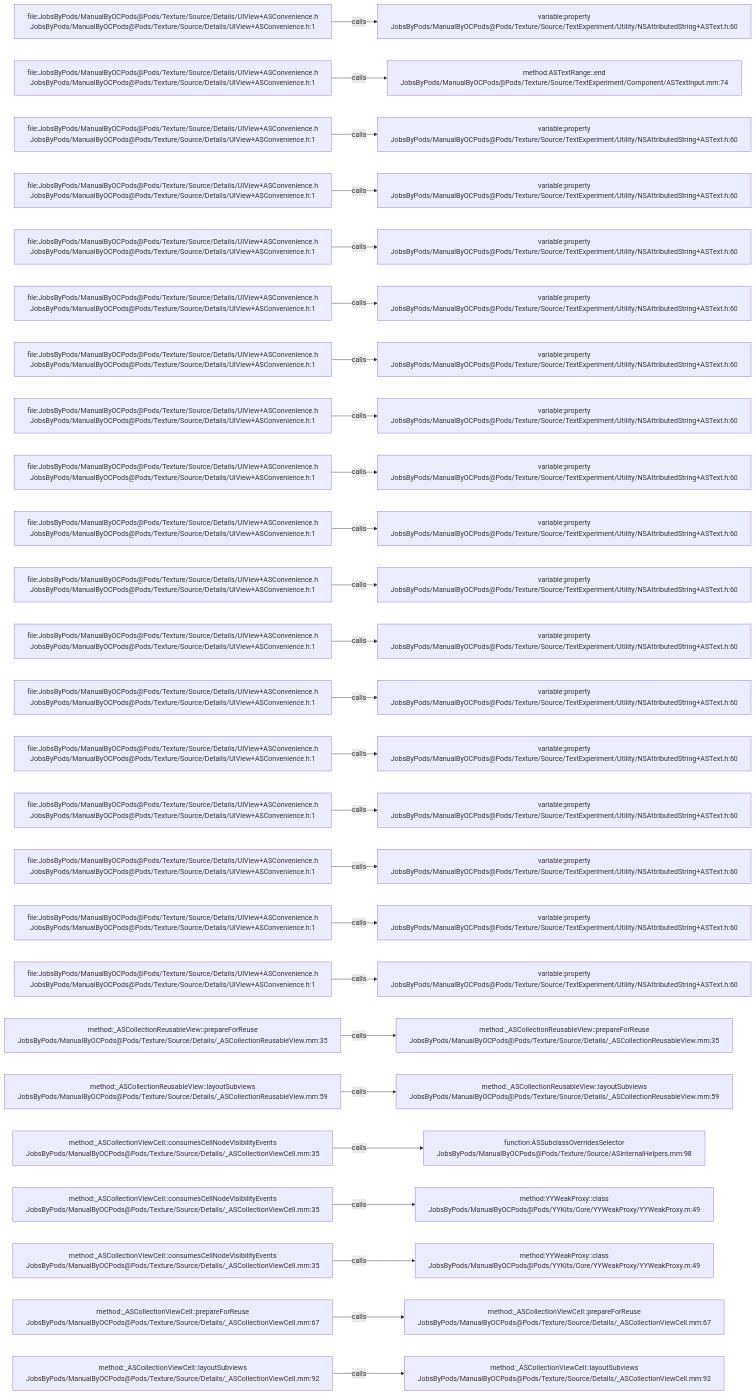
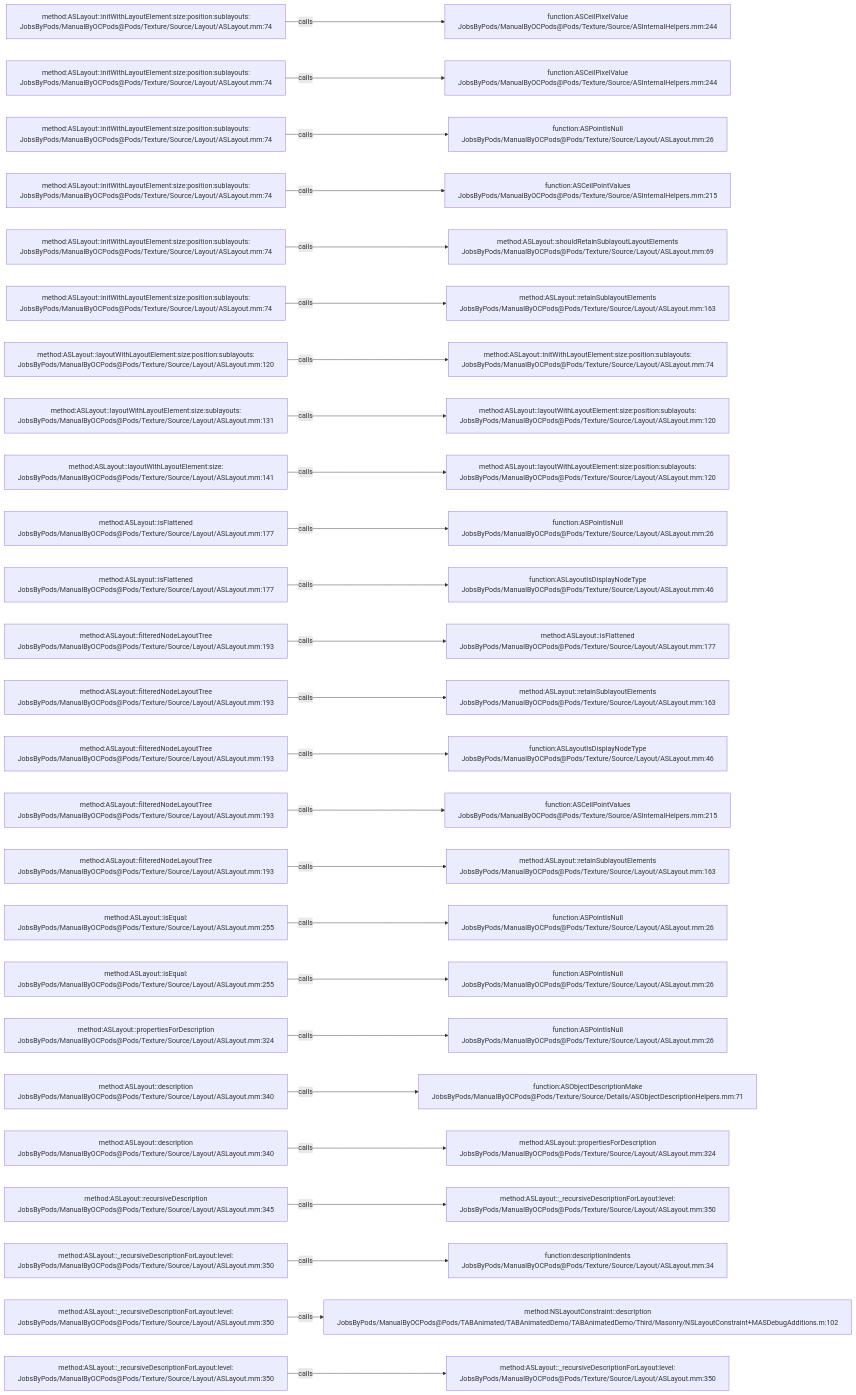
The diagram in .codegraph/codegraph.md/graphs/calls-162.md (JobsKits/JobsOCBaseConfigDemo), drawn with Mermaid before and after one commit. The commit also changed 2723 other files, not shown here.

````diff
--- a/.codegraph/codegraph.md/graphs/calls-162.md
+++ b/.codegraph/codegraph.md/graphs/calls-162.md
@@ -13,78 +13,78 @@
 ```mermaid
 flowchart LR
-  S1["file:JobsByPods/ManualByOCPods@Pods/Texture/Source/Details/UIView+ASConvenience.h<br/>JobsByPods/ManualByOCPods@Pods/Texture/Source/Details/UIView+ASConvenience.h:1"]
-  T1["variable:property<br/>JobsByPods/ManualByOCPods@Pods/Texture/Source/TextExperiment/Utility/NSAttributedString+ASText.h:60"]
+  S1["method:ASLayout::initWithLayoutElement:size:position:sublayouts:<br/>JobsByPods/ManualByOCPods@Pods/Texture/Source/Layout/ASLayout.mm:74"]
+  T1["function:ASCeilPixelValue<br/>JobsByPods/ManualByOCPods@Pods/Texture/Source/ASInternalHelpers.mm:244"]
   S1 -->|calls| T1
-  S2["file:JobsByPods/ManualByOCPods@Pods/Texture/Source/Details/UIView+ASConvenience.h<br/>JobsByPods/ManualByOCPods@Pods/Texture/Source/Details/UIView+ASConvenience.h:1"]
-  T2["method:ASTextRange::end<br/>JobsByPods/ManualByOCPods@Pods/Texture/Source/TextExperiment/Component/ASTextInput.mm:74"]
+  S2["method:ASLayout::initWithLayoutElement:size:position:sublayouts:<br/>JobsByPods/ManualByOCPods@Pods/Texture/Source/Layout/ASLayout.mm:74"]
+  T2["function:ASCeilPixelValue<br/>JobsByPods/ManualByOCPods@Pods/Texture/Source/ASInternalHelpers.mm:244"]
   S2 -->|calls| T2
-  S3["file:JobsByPods/ManualByOCPods@Pods/Texture/Source/Details/UIView+ASConvenience.h<br/>JobsByPods/ManualByOCPods@Pods/Texture/Source/Details/UIView+ASConvenience.h:1"]
-  T3["variable:property<br/>JobsByPods/ManualByOCPods@Pods/Texture/Source/TextExperiment/Utility/NSAttributedString+ASText.h:60"]
+  S3["method:ASLayout::initWithLayoutElement:size:position:sublayouts:<br/>JobsByPods/ManualByOCPods@Pods/Texture/Source/Layout/ASLayout.mm:74"]
+  T3["function:ASPointIsNull<br/>JobsByPods/ManualByOCPods@Pods/Texture/Source/Layout/ASLayout.mm:26"]
   S3 -->|calls| T3
-  S4["file:JobsByPods/ManualByOCPods@Pods/Texture/Source/Details/UIView+ASConvenience.h<br/>JobsByPods/ManualByOCPods@Pods/Texture/Source/Details/UIView+ASConvenience.h:1"]
-  T4["variable:property<br/>JobsByPods/ManualByOCPods@Pods/Texture/Source/TextExperiment/Utility/NSAttributedString+ASText.h:60"]
+  S4["method:ASLayout::initWithLayoutElement:size:position:sublayouts:<br/>JobsByPods/ManualByOCPods@Pods/Texture/Source/Layout/ASLayout.mm:74"]
+  T4["function:ASCeilPointValues<br/>JobsByPods/ManualByOCPods@Pods/Texture/Source/ASInternalHelpers.mm:215"]
   S4 -->|calls| T4
-  S5["file:JobsByPods/ManualByOCPods@Pods/Texture/Source/Details/UIView+ASConvenience.h<br/>JobsByPods/ManualByOCPods@Pods/Texture/Source/Details/UIView+ASConvenience.h:1"]
-  T5["variable:property<br/>JobsByPods/ManualByOCPods@Pods/Texture/Source/TextExperiment/Utility/NSAttributedString+ASText.h:60"]
+  S5["method:ASLayout::initWithLayoutElement:size:position:sublayouts:<br/>JobsByPods/ManualByOCPods@Pods/Texture/Source/Layout/ASLayout.mm:74"]
+  T5["method:ASLayout::shouldRetainSublayoutLayoutElements<br/>JobsByPods/ManualByOCPods@Pods/Texture/Source/Layout/ASLayout.mm:69"]
   S5 -->|calls| T5
-  S6["file:JobsByPods/ManualByOCPods@Pods/Texture/Source/Details/UIView+ASConvenience.h<br/>JobsByPods/ManualByOCPods@Pods/Texture/Source/Details/UIView+ASConvenience.h:1"]
-  T6["variable:property<br/>JobsByPods/ManualByOCPods@Pods/Texture/Source/TextExperiment/Utility/NSAttributedString+ASText.h:60"]
+  S6["method:ASLayout::initWithLayoutElement:size:position:sublayouts:<br/>JobsByPods/ManualByOCPods@Pods/Texture/Source/Layout/ASLayout.mm:74"]
+  T6["method:ASLayout::retainSublayoutElements<br/>JobsByPods/ManualByOCPods@Pods/Texture/Source/Layout/ASLayout.mm:163"]
   S6 -->|calls| T6
-  S7["file:JobsByPods/ManualByOCPods@Pods/Texture/Source/Details/UIView+ASConvenience.h<br/>JobsByPods/ManualByOCPods@Pods/Texture/Source/Details/UIView+ASConvenience.h:1"]
-  T7["variable:property<br/>JobsByPods/ManualByOCPods@Pods/Texture/Source/TextExperiment/Utility/NSAttributedString+ASText.h:60"]
+  S7["method:ASLayout::layoutWithLayoutElement:size:position:sublayouts:<br/>JobsByPods/ManualByOCPods@Pods/Texture/Source/Layout/ASLayout.mm:120"]
+  T7["method:ASLayout::initWithLayoutElement:size:position:sublayouts:<br/>JobsByPods/ManualByOCPods@Pods/Texture/Source/Layout/ASLayout.mm:74"]
   S7 -->|calls| T7
-  S8["file:JobsByPods/ManualByOCPods@Pods/Texture/Source/Details/UIView+ASConvenience.h<br/>JobsByPods/ManualByOCPods@Pods/Texture/Source/Details/UIView+ASConvenience.h:1"]
-  T8["variable:property<br/>JobsByPods/ManualByOCPods@Pods/Texture/Source/TextExperiment/Utility/NSAttributedString+ASText.h:60"]
+  S8["method:ASLayout::layoutWithLayoutElement:size:sublayouts:<br/>JobsByPods/ManualByOCPods@Pods/Texture/Source/Layout/ASLayout.mm:131"]
+  T8["method:ASLayout::layoutWithLayoutElement:size:position:sublayouts:<br/>JobsByPods/ManualByOCPods@Pods/Texture/Source/Layout/ASLayout.mm:120"]
   S8 -->|calls| T8
-  S9["file:JobsByPods/ManualByOCPods@Pods/Texture/Source/Details/UIView+ASConvenience.h<br/>JobsByPods/ManualByOCPods@Pods/Texture/Source/Details/UIView+ASConvenience.h:1"]
-  T9["variable:property<br/>JobsByPods/ManualByOCPods@Pods/Texture/Source/TextExperiment/Utility/NSAttributedString+ASText.h:60"]
+  S9["method:ASLayout::layoutWithLayoutElement:size:<br/>JobsByPods/ManualByOCPods@Pods/Texture/Source/Layout/ASLayout.mm:141"]
+  T9["method:ASLayout::layoutWithLayoutElement:size:position:sublayouts:<br/>JobsByPods/ManualByOCPods@Pods/Texture/Source/Layout/ASLayout.mm:120"]
   S9 -->|calls| T9
-  S10["file:JobsByPods/ManualByOCPods@Pods/Texture/Source/Details/UIView+ASConvenience.h<br/>JobsByPods/ManualByOCPods@Pods/Texture/Source/Details/UIView+ASConvenience.h:1"]
-  T10["variable:property<br/>JobsByPods/ManualByOCPods@Pods/Texture/Source/TextExperiment/Utility/NSAttributedString+ASText.h:60"]
+  S10["method:ASLayout::isFlattened<br/>JobsByPods/ManualByOCPods@Pods/Texture/Source/Layout/ASLayout.mm:177"]
+  T10["function:ASPointIsNull<br/>JobsByPods/ManualByOCPods@Pods/Texture/Source/Layout/ASLayout.mm:26"]
   S10 -->|calls| T10
-  S11["file:JobsByPods/ManualByOCPods@Pods/Texture/Source/Details/UIView+ASConvenience.h<br/>JobsByPods/ManualByOCPods@Pods/Texture/Source/Details/UIView+ASConvenience.h:1"]
-  T11["variable:property<br/>JobsByPods/ManualByOCPods@Pods/Texture/Source/TextExperiment/Utility/NSAttributedString+ASText.h:60"]
+  S11["method:ASLayout::isFlattened<br/>JobsByPods/ManualByOCPods@Pods/Texture/Source/Layout/ASLayout.mm:177"]
+  T11["function:ASLayoutIsDisplayNodeType<br/>JobsByPods/ManualByOCPods@Pods/Texture/Source/Layout/ASLayout.mm:46"]
   S11 -->|calls| T11
-  S12["file:JobsByPods/ManualByOCPods@Pods/Texture/Source/Details/UIView+ASConvenience.h<br/>JobsByPods/ManualByOCPods@Pods/Texture/Source/Details/UIView+ASConvenience.h:1"]
-  T12["variable:property<br/>JobsByPods/ManualByOCPods@Pods/Texture/Source/TextExperiment/Utility/NSAttributedString+ASText.h:60"]
+  S12["method:ASLayout::filteredNodeLayoutTree<br/>JobsByPods/ManualByOCPods@Pods/Texture/Source/Layout/ASLayout.mm:193"]
+  T12["method:ASLayout::isFlattened<br/>JobsByPods/ManualByOCPods@Pods/Texture/Source/Layout/ASLayout.mm:177"]
   S12 -->|calls| T12
-  S13["file:JobsByPods/ManualByOCPods@Pods/Texture/Source/Details/UIView+ASConvenience.h<br/>JobsByPods/ManualByOCPods@Pods/Texture/Source/Details/UIView+ASConvenience.h:1"]
-  T13["variable:property<br/>JobsByPods/ManualByOCPods@Pods/Texture/Source/TextExperiment/Utility/NSAttributedString+ASText.h:60"]
+  S13["method:ASLayout::filteredNodeLayoutTree<br/>JobsByPods/ManualByOCPods@Pods/Texture/Source/Layout/ASLayout.mm:193"]
+  T13["method:ASLayout::retainSublayoutElements<br/>JobsByPods/ManualByOCPods@Pods/Texture/Source/Layout/ASLayout.mm:163"]
   S13 -->|calls| T13
-  S14["file:JobsByPods/ManualByOCPods@Pods/Texture/Source/Details/UIView+ASConvenience.h<br/>JobsByPods/ManualByOCPods@Pods/Texture/Source/Details/UIView+ASConvenience.h:1"]
-  T14["variable:property<br/>JobsByPods/ManualByOCPods@Pods/Texture/Source/TextExperiment/Utility/NSAttributedString+ASText.h:60"]
+  S14["method:ASLayout::filteredNodeLayoutTree<br/>JobsByPods/ManualByOCPods@Pods/Texture/Source/Layout/ASLayout.mm:193"]
+  T14["function:ASLayoutIsDisplayNodeType<br/>JobsByPods/ManualByOCPods@Pods/Texture/Source/Layout/ASLayout.mm:46"]
   S14 -->|calls| T14
-  S15["file:JobsByPods/ManualByOCPods@Pods/Texture/Source/Details/UIView+ASConvenience.h<br/>JobsByPods/ManualByOCPods@Pods/Texture/Source/Details/UIView+ASConvenience.h:1"]
-  T15["variable:property<br/>JobsByPods/ManualByOCPods@Pods/Texture/Source/TextExperiment/Utility/NSAttributedString+ASText.h:60"]
+  S15["method:ASLayout::filteredNodeLayoutTree<br/>JobsByPods/ManualByOCPods@Pods/Texture/Source/Layout/ASLayout.mm:193"]
+  T15["function:ASCeilPointValues<br/>JobsByPods/ManualByOCPods@Pods/Texture/Source/ASInternalHelpers.mm:215"]
   S15 -->|calls| T15
-  S16["file:JobsByPods/ManualByOCPods@Pods/Texture/Source/Details/UIView+ASConvenience.h<br/>JobsByPods/ManualByOCPods@Pods/Texture/Source/Details/UIView+ASConvenience.h:1"]
-  T16["variable:property<br/>JobsByPods/ManualByOCPods@Pods/Texture/Source/TextExperiment/Utility/NSAttributedString+ASText.h:60"]
+  S16["method:ASLayout::filteredNodeLayoutTree<br/>JobsByPods/ManualByOCPods@Pods/Texture/Source/Layout/ASLayout.mm:193"]
+  T16["method:ASLayout::retainSublayoutElements<br/>JobsByPods/ManualByOCPods@Pods/Texture/Source/Layout/ASLayout.mm:163"]
   S16 -->|calls| T16
-  S17["file:JobsByPods/ManualByOCPods@Pods/Texture/Source/Details/UIView+ASConvenience.h<br/>JobsByPods/ManualByOCPods@Pods/Texture/Source/Details/UIView+ASConvenience.h:1"]
-  T17["variable:property<br/>JobsByPods/ManualByOCPods@Pods/Texture/Source/TextExperiment/Utility/NSAttributedString+ASText.h:60"]
+  S17["method:ASLayout::isEqual:<br/>JobsByPods/ManualByOCPods@Pods/Texture/Source/Layout/ASLayout.mm:255"]
+  T17["function:ASPointIsNull<br/>JobsByPods/ManualByOCPods@Pods/Texture/Source/Layout/ASLayout.mm:26"]
   S17 -->|calls| T17
-  S18["file:JobsByPods/ManualByOCPods@Pods/Texture/Source/Details/UIView+ASConvenience.h<br/>JobsByPods/ManualByOCPods@Pods/Texture/Source/Details/UIView+ASConvenience.h:1"]
-  T18["variable:property<br/>JobsByPods/ManualByOCPods@Pods/Texture/Source/TextExperiment/Utility/NSAttributedString+ASText.h:60"]
+  S18["method:ASLayout::isEqual:<br/>JobsByPods/ManualByOCPods@Pods/Texture/Source/Layout/ASLayout.mm:255"]
+  T18["function:ASPointIsNull<br/>JobsByPods/ManualByOCPods@Pods/Texture/Source/Layout/ASLayout.mm:26"]
   S18 -->|calls| T18
-  S19["method:_ASCollectionReusableView::prepareForReuse<br/>JobsByPods/ManualByOCPods@Pods/Texture/Source/Details/_ASCollectionReusableView.mm:35"]
-  T19["method:_ASCollectionReusableView::prepareForReuse<br/>JobsByPods/ManualByOCPods@Pods/Texture/Source/Details/_ASCollectionReusableView.mm:35"]
+  S19["method:ASLayout::propertiesForDescription<br/>JobsByPods/ManualByOCPods@Pods/Texture/Source/Layout/ASLayout.mm:324"]
+  T19["function:ASPointIsNull<br/>JobsByPods/ManualByOCPods@Pods/Texture/Source/Layout/ASLayout.mm:26"]
   S19 -->|calls| T19
-  S20["method:_ASCollectionReusableView::layoutSubviews<br/>JobsByPods/ManualByOCPods@Pods/Texture/Source/Details/_ASCollectionReusableView.mm:59"]
-  T20["method:_ASCollectionReusableView::layoutSubviews<br/>JobsByPods/ManualByOCPods@Pods/Texture/Source/Details/_ASCollectionReusableView.mm:59"]
+  S20["method:ASLayout::description<br/>JobsByPods/ManualByOCPods@Pods/Texture/Source/Layout/ASLayout.mm:340"]
+  T20["function:ASObjectDescriptionMake<br/>JobsByPods/ManualByOCPods@Pods/Texture/Source/Details/ASObjectDescriptionHelpers.mm:71"]
   S20 -->|calls| T20
-  S21["method:_ASCollectionViewCell::consumesCellNodeVisibilityEvents<br/>JobsByPods/ManualByOCPods@Pods/Texture/Source/Details/_ASCollectionViewCell.mm:35"]
-  T21["function:ASSubclassOverridesSelector<br/>JobsByPods/ManualByOCPods@Pods/Texture/Source/ASInternalHelpers.mm:98"]
+  S21["method:ASLayout::description<br/>JobsByPods/ManualByOCPods@Pods/Texture/Source/Layout/ASLayout.mm:340"]
+  T21["method:ASLayout::propertiesForDescription<br/>JobsByPods/ManualByOCPods@Pods/Texture/Source/Layout/ASLayout.mm:324"]
   S21 -->|calls| T21
-  S22["method:_ASCollectionViewCell::consumesCellNodeVisibilityEvents<br/>JobsByPods/ManualByOCPods@Pods/Texture/Source/Details/_ASCollectionViewCell.mm:35"]
-  T22["method:YYWeakProxy::class<br/>JobsByPods/ManualByOCPods@Pods/YYKits/Core/YYWeakProxy/YYWeakProxy.m:49"]
+  S22["method:ASLayout::recursiveDescription<br/>JobsByPods/ManualByOCPods@Pods/Texture/Source/Layout/ASLayout.mm:345"]
+  T22["method:ASLayout::_recursiveDescriptionForLayout:level:<br/>JobsByPods/ManualByOCPods@Pods/Texture/Source/Layout/ASLayout.mm:350"]
   S22 -->|calls| T22
-  S23["method:_ASCollectionViewCell::consumesCellNodeVisibilityEvents<br/>JobsByPods/ManualByOCPods@Pods/Texture/Source/Details/_ASCollectionViewCell.mm:35"]
-  T23["method:YYWeakProxy::class<br/>JobsByPods/ManualByOCPods@Pods/YYKits/Core/YYWeakProxy/YYWeakProxy.m:49"]
+  S23["method:ASLayout::_recursiveDescriptionForLayout:level:<br/>JobsByPods/ManualByOCPods@Pods/Texture/Source/Layout/ASLayout.mm:350"]
+  T23["function:descriptionIndents<br/>JobsByPods/ManualByOCPods@Pods/Texture/Source/Layout/ASLayout.mm:34"]
   S23 -->|calls| T23
-  S24["method:_ASCollectionViewCell::prepareForReuse<br/>JobsByPods/ManualByOCPods@Pods/Texture/Source/Details/_ASCollectionViewCell.mm:67"]
-  T24["method:_ASCollectionViewCell::prepareForReuse<br/>JobsByPods/ManualByOCPods@Pods/Texture/Source/Details/_ASCollectionViewCell.mm:67"]
+  S24["method:ASLayout::_recursiveDescriptionForLayout:level:<br/>JobsByPods/ManualByOCPods@Pods/Texture/Source/Layout/ASLayout.mm:350"]
+  T24["method:NSLayoutConstraint::description<br/>JobsByPods/ManualByOCPods@Pods/TABAnimated/TABAnimatedDemo/TABAnimatedDemo/Third/Masonry/NSLayoutConstraint+MASDebugAdditions.m:102"]
   S24 -->|calls| T24
-  S25["method:_ASCollectionViewCell::layoutSubviews<br/>JobsByPods/ManualByOCPods@Pods/Texture/Source/Details/_ASCollectionViewCell.mm:92"]
-  T25["method:_ASCollectionViewCell::layoutSubviews<br/>JobsByPods/ManualByOCPods@Pods/Texture/Source/Details/_ASCollectionViewCell.mm:92"]
+  S25["method:ASLayout::_recursiveDescriptionForLayout:level:<br/>JobsByPods/ManualByOCPods@Pods/Texture/Source/Layout/ASLayout.mm:350"]
+  T25["method:ASLayout::_recursiveDescriptionForLayout:level:<br/>JobsByPods/ManualByOCPods@Pods/Texture/Source/Layout/ASLayout.mm:350"]
   S25 -->|calls| T25
 ```
````
